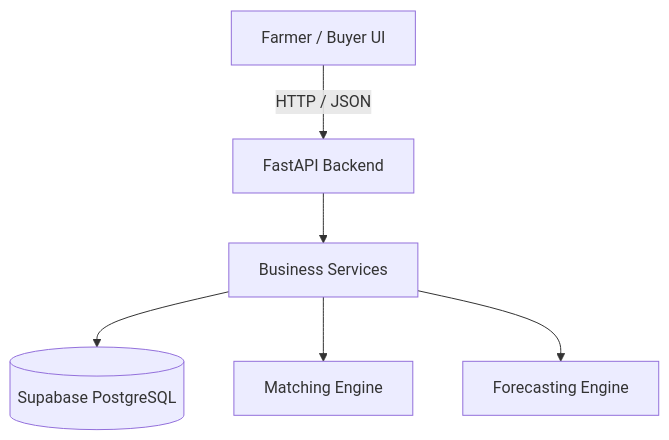
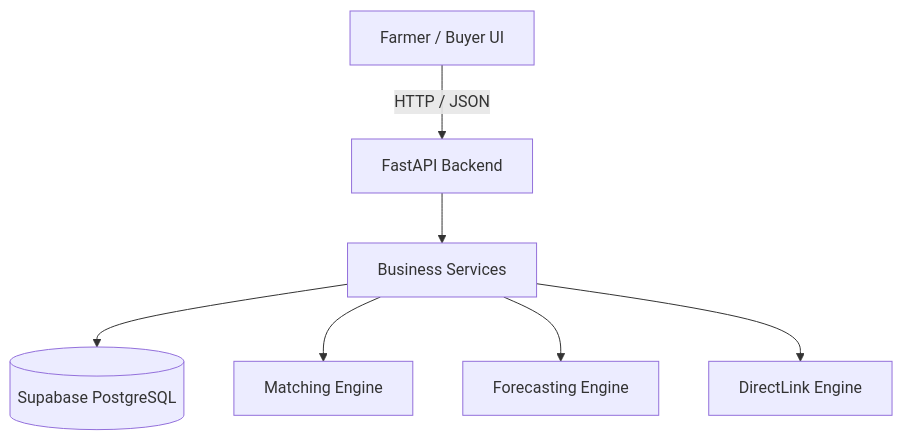
The diagram in README.md (sridharjrao07-bit/SIH26132), drawn with Mermaid before and after one commit. The commit also changed other lines of this file, not shown here.

Commit message:
docs: surface DirectLink in the README

````diff
--- a/README.md
+++ b/README.md
@@ -21,8 +60,9 @@
 ```mermaid
 graph TD
     Client[Farmer / Buyer UI] -->|HTTP / JSON| FastAPI[FastAPI Backend]
     FastAPI --> Services[Business Services]
     Services --> DB[(Supabase PostgreSQL)]
     Services --> Match[Matching Engine]
     Services --> Forecast[Forecasting Engine]
+    Services --> Direct[DirectLink Engine]
 ```
````
